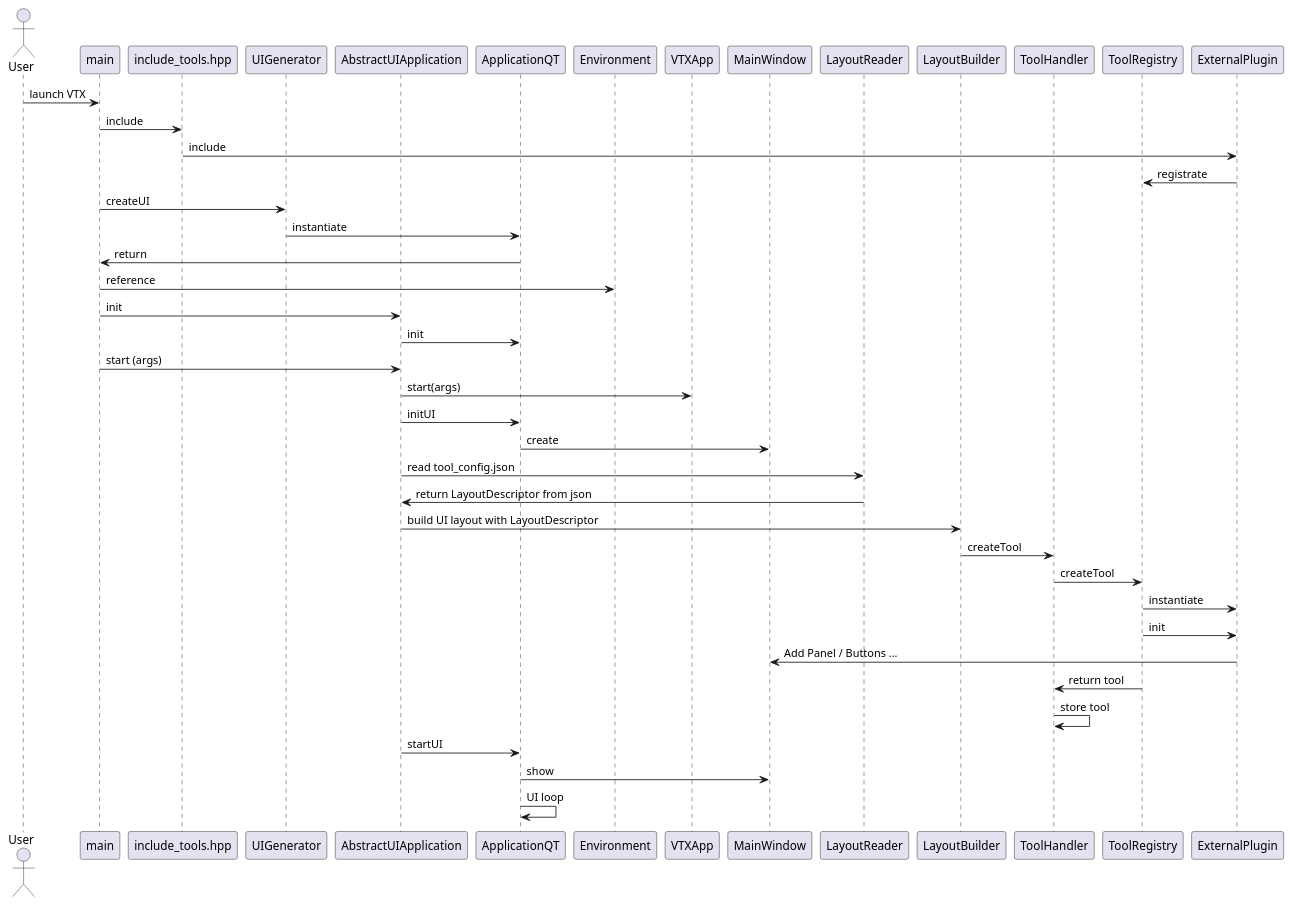
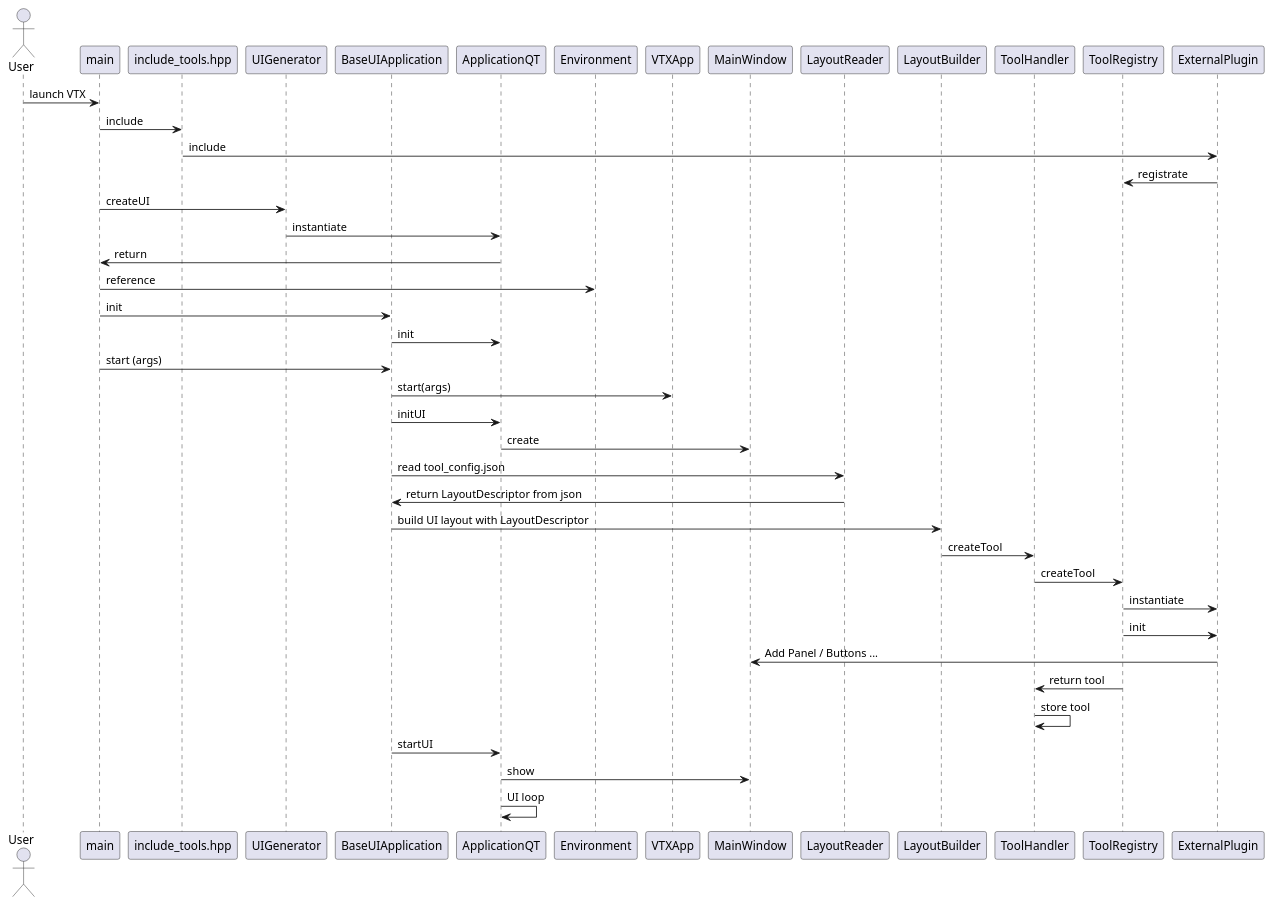
Diagram 21 of 23 in DOCUMENTATION.md (VTX-Molecular-Visualization/VTX), drawn with PlantUML before and after one commit. The commit also changed other lines of this file and 1 other file, not shown here.

````diff
--- a/DOCUMENTATION.md
+++ b/DOCUMENTATION.md
@@ -1136,48 +1185,48 @@
 ```plantuml
 @startuml
 
 actor User
 participant main
 participant include_tools.hpp
 participant UIGenerator
-participant AbstractUIApplication
+participant BaseUIApplication
 participant ApplicationQT
 participant Environment
 participant VTXApp
 participant MainWindow
 participant LayoutReader
 participant LayoutBuilder
 participant ToolHandler
 participant ToolRegistry
 participant ExternalPlugin
 
 User -> main : launch VTX
 main -> include_tools.hpp : include 
 include_tools.hpp -> ExternalPlugin : include
 ExternalPlugin -> ToolRegistry : registrate
 main -> UIGenerator : createUI
 UIGenerator -> ApplicationQT : instantiate
 ApplicationQT -> main : return
 main -> Environment : reference
-main -> AbstractUIApplication : init
-AbstractUIApplication -> ApplicationQT : init
-main -> AbstractUIApplication : start (args)
-AbstractUIApplication -> VTXApp : start(args)
-AbstractUIApplication -> ApplicationQT : initUI
+main -> BaseUIApplication : init
+BaseUIApplication -> ApplicationQT : init
+main -> BaseUIApplication : start (args)
+BaseUIApplication -> VTXApp : start(args)
+BaseUIApplication -> ApplicationQT : initUI
 ApplicationQT -> MainWindow : create
-AbstractUIApplication -> LayoutReader : read tool_config.json
-LayoutReader -> AbstractUIApplication : return LayoutDescriptor from json
-AbstractUIApplication -> LayoutBuilder : build UI layout with LayoutDescriptor
+BaseUIApplication -> LayoutReader : read tool_config.json
+LayoutReader -> BaseUIApplication : return LayoutDescriptor from json
+BaseUIApplication -> LayoutBuilder : build UI layout with LayoutDescriptor
 LayoutBuilder -> ToolHandler : createTool
 ToolHandler -> ToolRegistry : createTool
 ToolRegistry -> ExternalPlugin : instantiate
 ToolRegistry -> ExternalPlugin : init
 ExternalPlugin -> MainWindow : Add Panel / Buttons ...
 ToolRegistry -> ToolHandler : return tool
 ToolHandler -> ToolHandler : store tool
-AbstractUIApplication -> ApplicationQT : startUI
+BaseUIApplication -> ApplicationQT : startUI
 ApplicationQT -> MainWindow : show
 ApplicationQT -> ApplicationQT : UI loop
 
 @enduml
 ```
````
